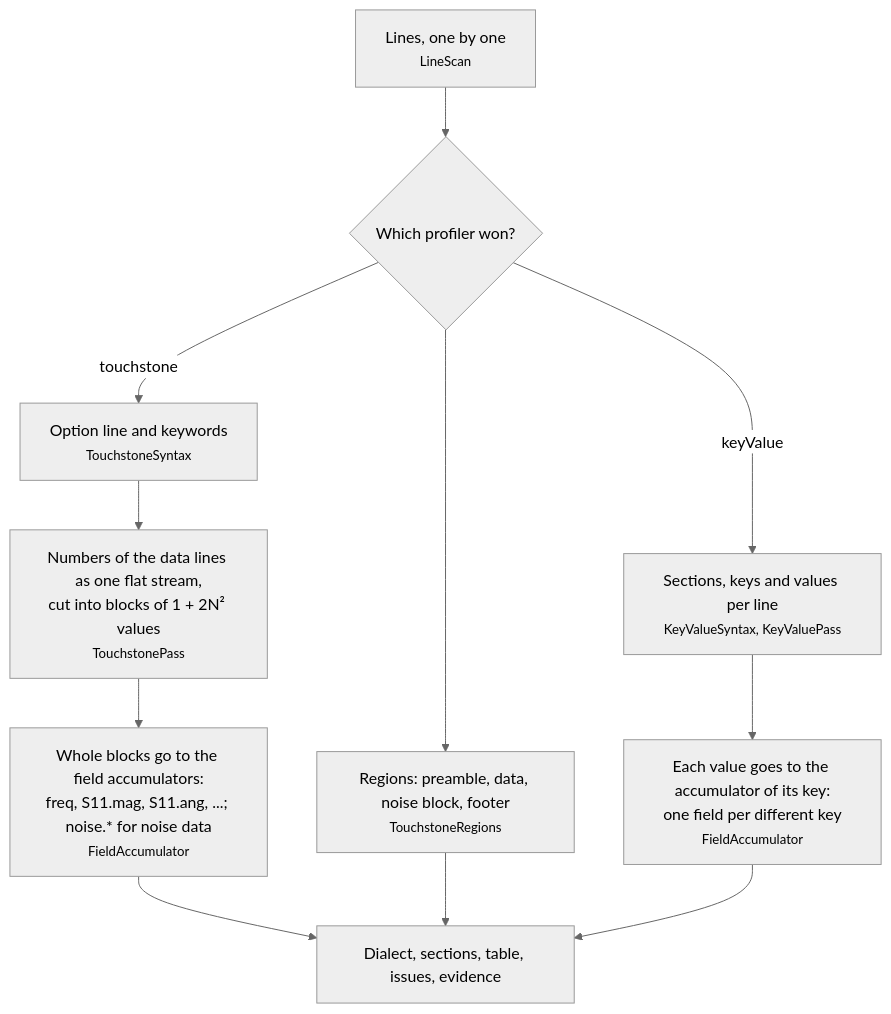
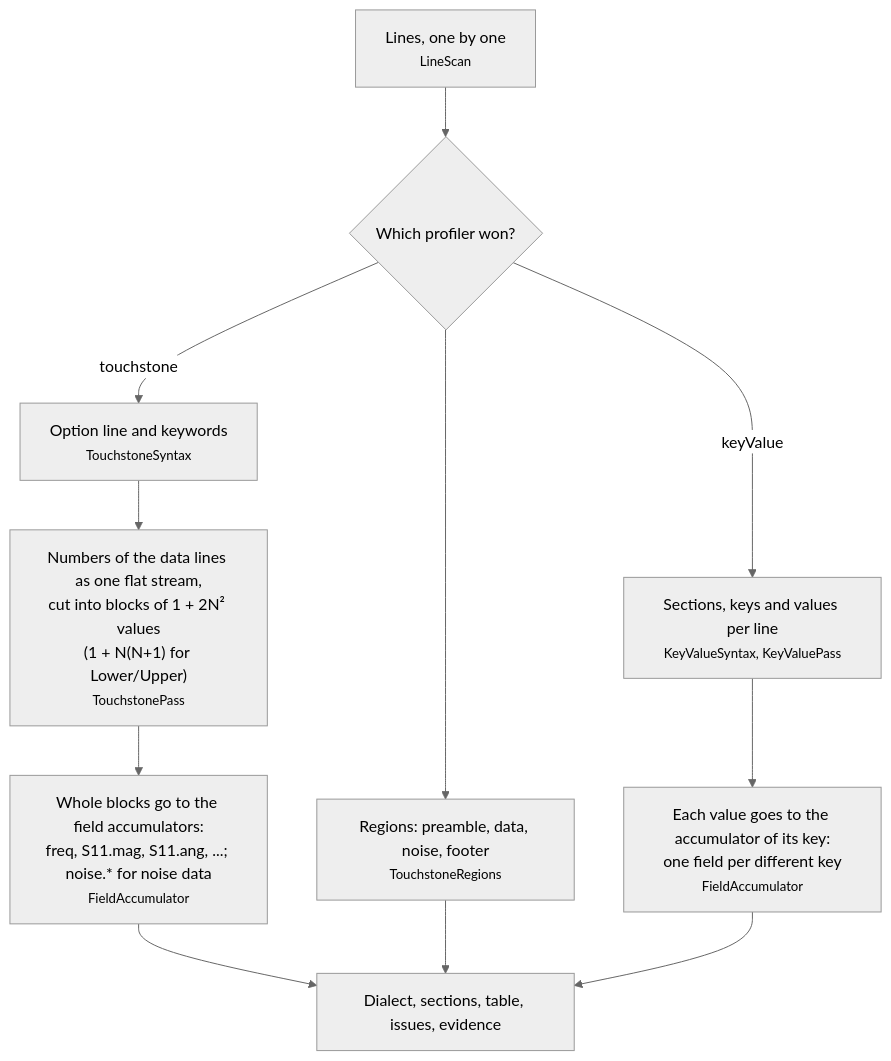
One commit to squalor-xyz/squalify changed the sixth of 33 diagrams in docs/how-it-works.md. Above: the diagram before and after it, drawn with Mermaid (neutral theme). The commit also changed other lines of this file and 14 other files, not shown here.

````diff
--- a/docs/how-it-works.md
+++ b/docs/how-it-works.md
@@ -92,11 +92,11 @@
 ```mermaid
 flowchart TD
     L["Lines, one by one<br/><small>LineScan</small>"] --> T{"Which profiler won?"}
     T -- "touchstone" --> T1["Option line and keywords<br/><small>TouchstoneSyntax</small>"]
-    T1 --> T2["Numbers of the data lines as one flat stream,<br/>cut into blocks of 1 + 2N² values<br/><small>TouchstonePass</small>"]
+    T1 --> T2["Numbers of the data lines as one flat stream,<br/>cut into blocks of 1 + 2N² values<br/>(1 + N(N+1) for Lower/Upper)<br/><small>TouchstonePass</small>"]
     T2 --> T3["Whole blocks go to the field accumulators:<br/>freq, S11.mag, S11.ang, ...; noise.* for noise data<br/><small>FieldAccumulator</small>"]
-    T --> T4["Regions: preamble, data, noise block, footer<br/><small>TouchstoneRegions</small>"]
+    T --> T4["Regions: preamble, data, noise, footer<br/><small>TouchstoneRegions</small>"]
     T -- "keyValue" --> K1["Sections, keys and values per line<br/><small>KeyValueSyntax, KeyValuePass</small>"]
     K1 --> K2["Each value goes to the accumulator of its key:<br/>one field per different key<br/><small>FieldAccumulator</small>"]
     T3 & T4 & K2 --> D["Dialect, sections, table, issues, evidence"]
 ```
````
